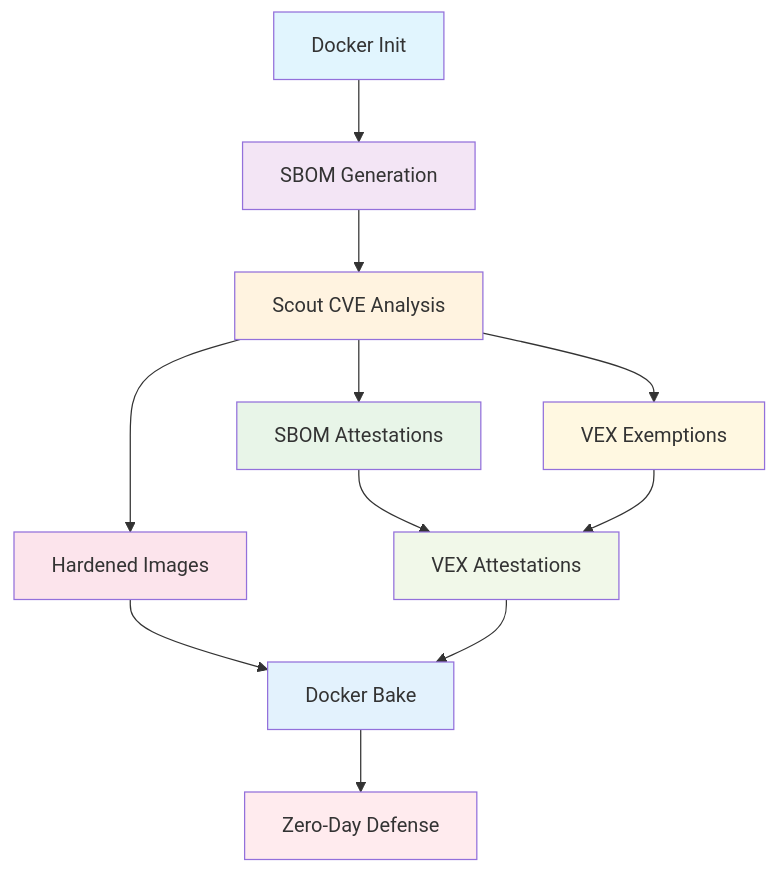
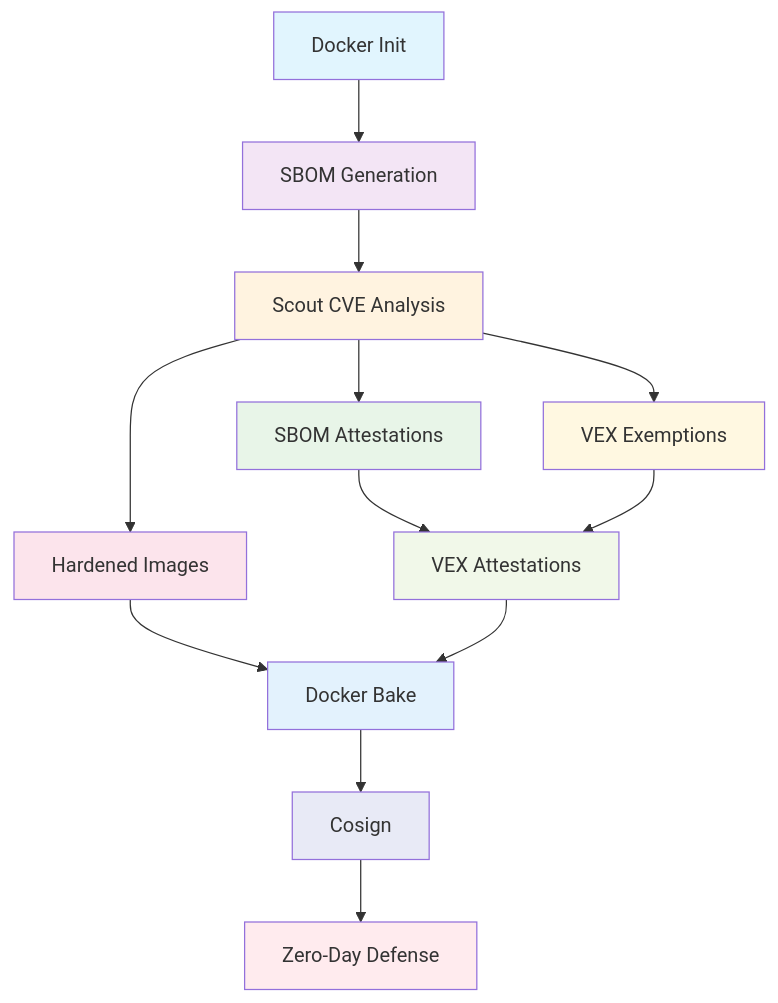
One commit to DockerSecurity-io/commandos-v1.5 changed the diagram in README.md. Above: the diagram before and after it, drawn with Mermaid. The commit also changed other lines of this file and 2 other files, not shown here.

Commit message:
Add Cosign section

````diff
--- a/README.md
+++ b/README.md
@@ -19,23 +20,25 @@
 ```mermaid
 flowchart TD
     A[Docker Init] --> B[SBOM Generation]
     B --> C[Scout CVE Analysis]
     C --> D[SBOM Attestations]
     C --> E[Hardened Images]
     C --> F[VEX Exemptions]
     D --> G[VEX Attestations]
     F --> G
     E --> H[Docker Bake]
     G --> H
-    H --> I[Zero-Day Defense]
+    H --> J[Cosign]
+    J --> I[Zero-Day Defense]
 
     style A fill:#e1f5fe
     style B fill:#f3e5f5
     style C fill:#fff3e0
     style D fill:#e8f5e8
     style E fill:#fce4ec
     style F fill:#fff8e1
     style G fill:#f1f8e9
     style H fill:#e3f2fd
+    style J fill:#e8eaf6
     style I fill:#ffebee
 ```
````
